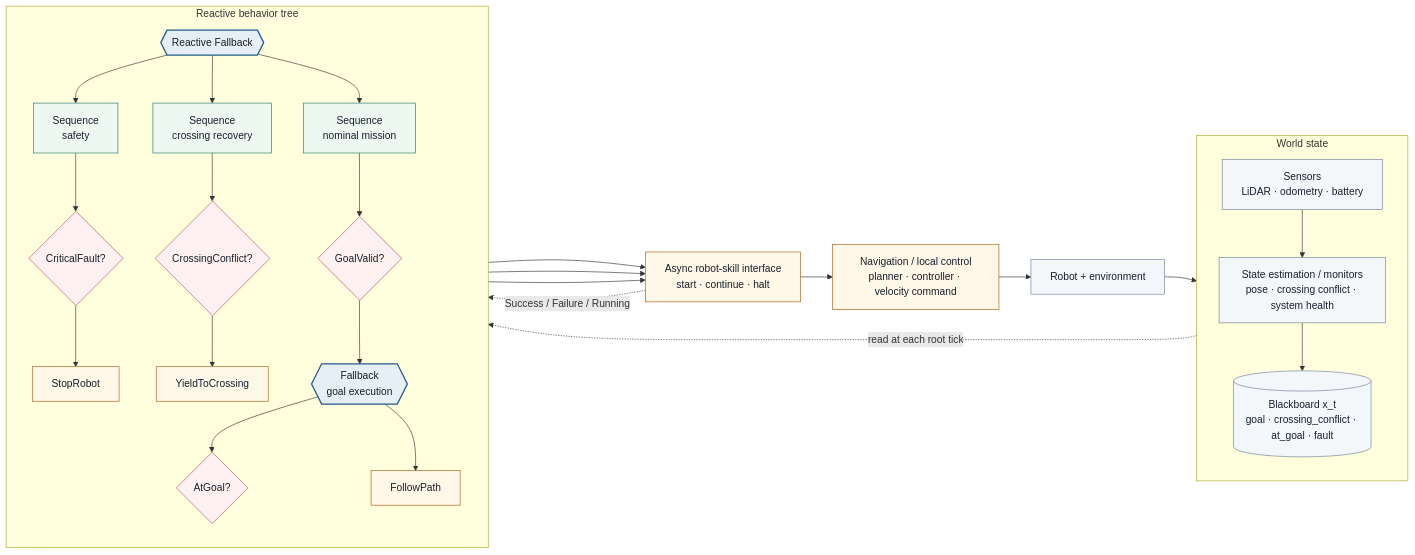
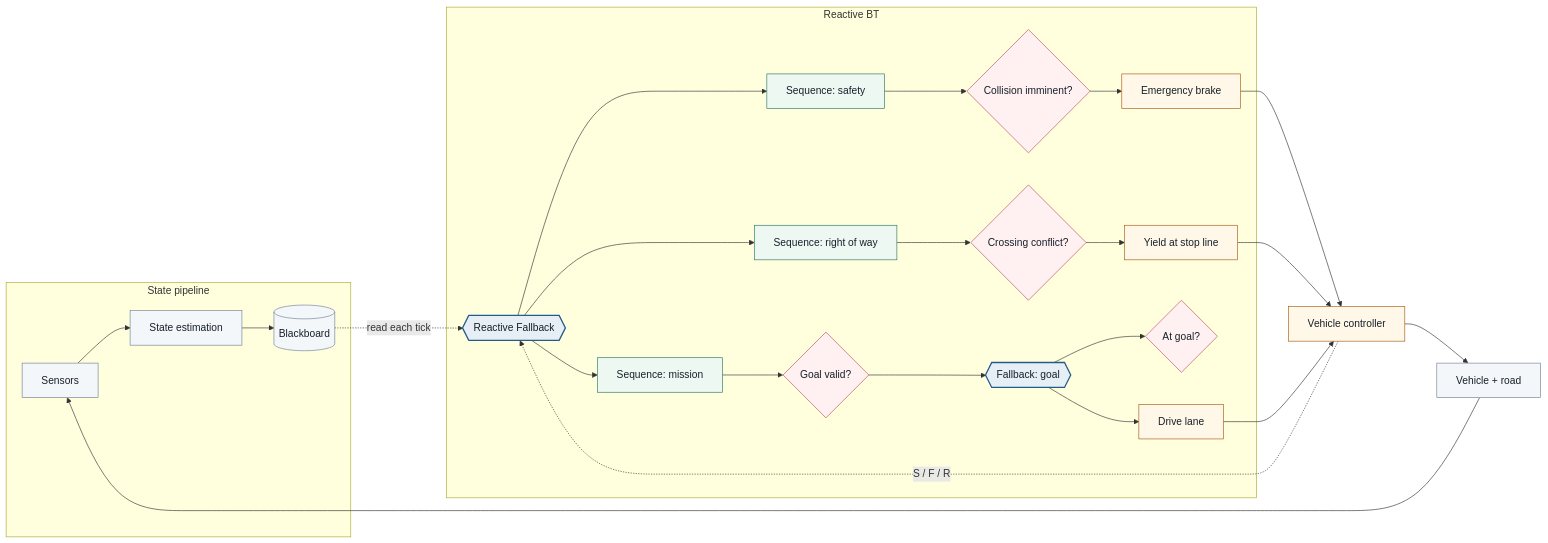
Before and after one commit to nobel-ai-tests/behavior-trees-autonomy: the first of 2 diagrams in topics/behavior-tree-foundations.md, drawn with Mermaid. The commit also changed other lines of this file, not shown here.

Commit message:
Replace foundations warehouse demo with road intersection simulation

````diff
--- a/topics/behavior-tree-foundations.md
+++ b/topics/behavior-tree-foundations.md
@@ -22,48 +22,44 @@
 ```mermaid
 flowchart LR
-  subgraph STATE["World state"]
-    direction TB
-    SENS["Sensors<br/>LiDAR · odometry · battery"] --> EST["State estimation / monitors<br/>pose · crossing conflict · system health"]
-    EST --> BB[("Blackboard x_t<br/>goal · crossing_conflict · at_goal · fault")]
+  subgraph S["State pipeline"]
+    SEN["Sensors"] --> EST["State estimation"]
+    EST --> BB[("Blackboard")]
   end
 
-  subgraph BT["Reactive behavior tree"]
-    direction TB
+  subgraph B["Reactive BT"]
     ROOT{{"Reactive Fallback"}}
+    ROOT --> SAFE["Sequence: safety"]
+    SAFE --> RISK{"Collision imminent?"}
+    RISK --> EB["Emergency brake"]
 
-    ROOT --> SAFE["Sequence<br/>safety"]
-    SAFE --> FAULT{"CriticalFault?"}
-    FAULT --> STOP["StopRobot"]
+    ROOT --> YIELD["Sequence: right of way"]
+    YIELD --> CONFLICT{"Crossing conflict?"}
+    CONFLICT --> STOP["Yield at stop line"]
 
-    ROOT --> CROSS["Sequence<br/>crossing recovery"]
-    CROSS --> CC{"CrossingConflict?"}
-    CC --> YIELD["YieldToCrossing"]
-
-    ROOT --> MISSION["Sequence<br/>nominal mission"]
-    MISSION --> GV{"GoalValid?"}
-    GV --> EXEC{{"Fallback<br/>goal execution"}}
-    EXEC --> AT{"AtGoal?"}
-    EXEC --> FOLLOW["FollowPath"]
+    ROOT --> MISSION["Sequence: mission"]
+    MISSION --> VALID{"Goal valid?"}
+    VALID --> EXEC{{"Fallback: goal"}}
+    EXEC --> GOAL{"At goal?"}
+    EXEC --> DRIVE["Drive lane"]
   end
 
-  BB -. "read at each root tick" .-> ROOT
-  STOP --> SKILLS["Async robot-skill interface<br/>start · continue · halt"]
-  YIELD --> SKILLS
-  FOLLOW --> SKILLS
-  SKILLS --> NAV["Navigation / local control<br/>planner · controller · velocity command"]
-  NAV --> ROBOT["Robot + environment"]
-  ROBOT --> SENS
-  SKILLS -. "Success / Failure / Running" .-> ROOT
+  BB -. "read each tick" .-> ROOT
+  EB --> ACT["Vehicle controller"]
+  STOP --> ACT
+  DRIVE --> ACT
+  ACT --> VEH["Vehicle + road"]
+  VEH --> SEN
+  ACT -. "S / F / R" .-> ROOT
 
   classDef control fill:#e7eff6,stroke:#245b88,color:#17202a,stroke-width:2px;
   classDef sequence fill:#eef8f3,stroke:#28775f,color:#17202a;
   classDef condition fill:#fff0f1,stroke:#b84d5d,color:#17202a;
   classDef action fill:#fff7e8,stroke:#a95a13,color:#17202a;
   classDef data fill:#f4f7fa,stroke:#718096,color:#17202a;
 
   class ROOT,EXEC control;
-  class SAFE,CROSS,MISSION sequence;
-  class FAULT,CC,GV,AT condition;
-  class STOP,YIELD,FOLLOW,SKILLS,NAV action;
-  class SENS,EST,BB,ROBOT data;
+  class SAFE,YIELD,MISSION sequence;
+  class RISK,CONFLICT,VALID,GOAL condition;
+  class EB,STOP,DRIVE,ACT action;
+  class SEN,EST,BB,VEH data;
 ```
````
